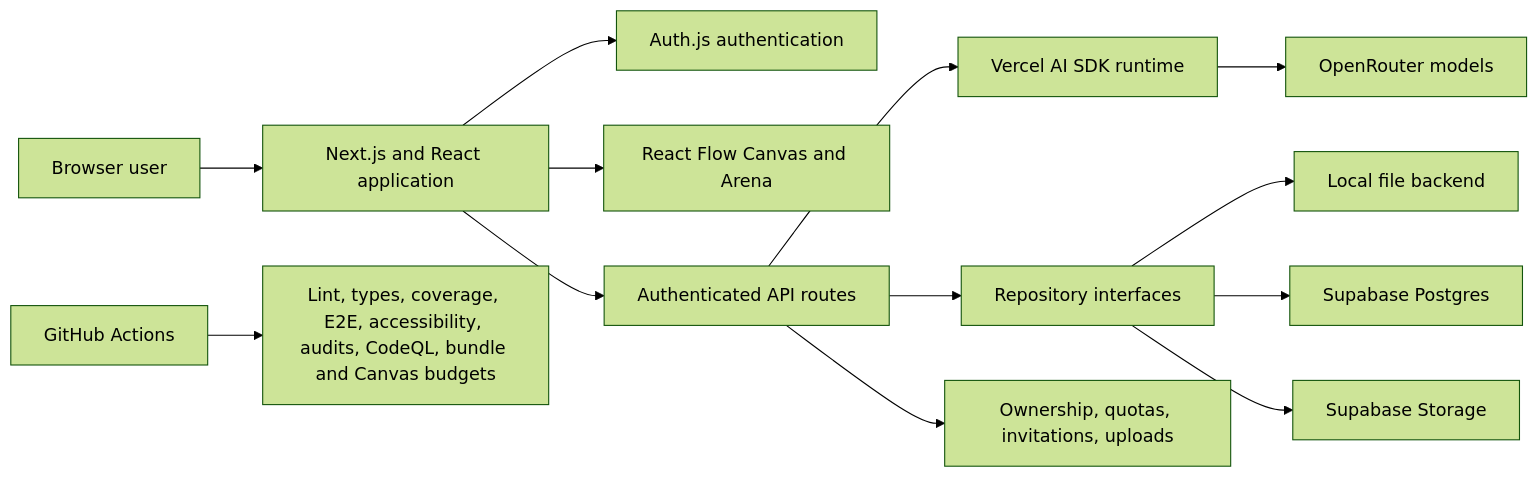
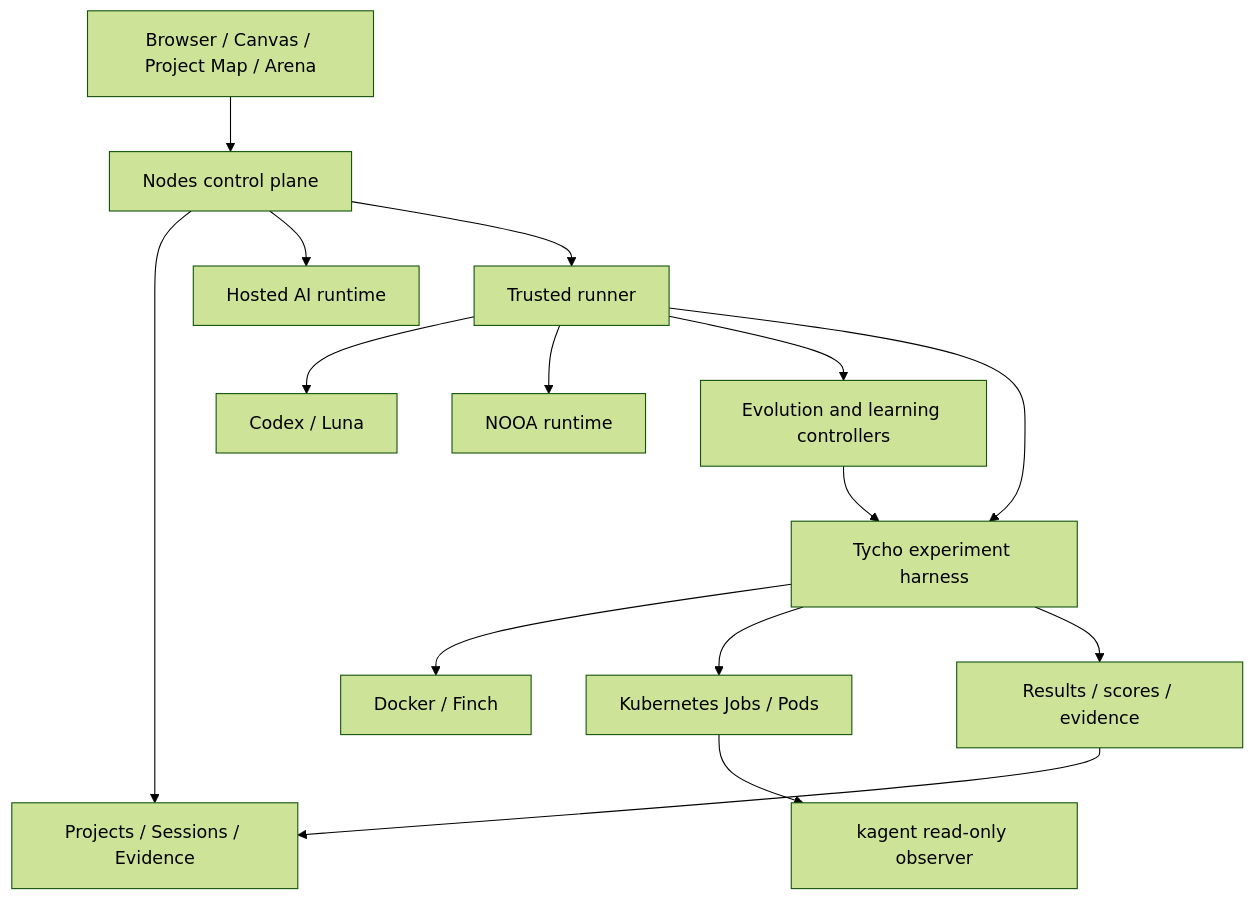
The diagram in README.md (Daedu86/Nodes), drawn with Mermaid (forest theme) before and after one commit. The commit also changed other lines of this file and 1 other file, not shown here.

Commit message:
docs: make consolidated architecture canonical

````diff
--- a/README.md
+++ b/README.md
@@ -188,15 +69,20 @@
 ```mermaid
-flowchart LR
-  User[Browser user] --> App[Next.js and React application]
-  App --> Auth[Auth.js authentication]
-  App --> Canvas[React Flow Canvas and Arena]
-  App --> API[Authenticated API routes]
-  API --> AIRuntime[Vercel AI SDK runtime]
-  AIRuntime --> OpenRouter[OpenRouter models]
-  API --> Repositories[Repository interfaces]
-  Repositories --> FileStore[Local file backend]
-  Repositories --> SupabaseDB[Supabase Postgres]
-  Repositories --> SupabaseStorage[Supabase Storage]
-  API --> Guards[Ownership, quotas, invitations, uploads]
-  CI[GitHub Actions] --> Quality[Lint, types, coverage, E2E, accessibility, audits, CodeQL, bundle and Canvas budgets]
+flowchart TB
+  User[Browser / Canvas / Project Map / Arena] --> API[Nodes control plane]
+  API --> Repos[Projects / Sessions / Evidence]
+  API --> Hosted[Hosted AI runtime]
+  API --> Runner[Trusted runner]
+
+  Runner --> Codex[Codex / Luna]
+  Runner --> NOOA[NOOA runtime]
+  Runner --> Evo[Evolution and learning controllers]
+  Runner --> Tycho[Tycho experiment harness]
+
+  Tycho --> Local[Docker / Finch]
+  Tycho --> K8s[Kubernetes Jobs / Pods]
+  K8s --> Kagent[kagent read-only observer]
+
+  Evo --> Tycho
+  Tycho --> Evidence[Results / scores / evidence]
+  Evidence --> Repos
 ```
````
